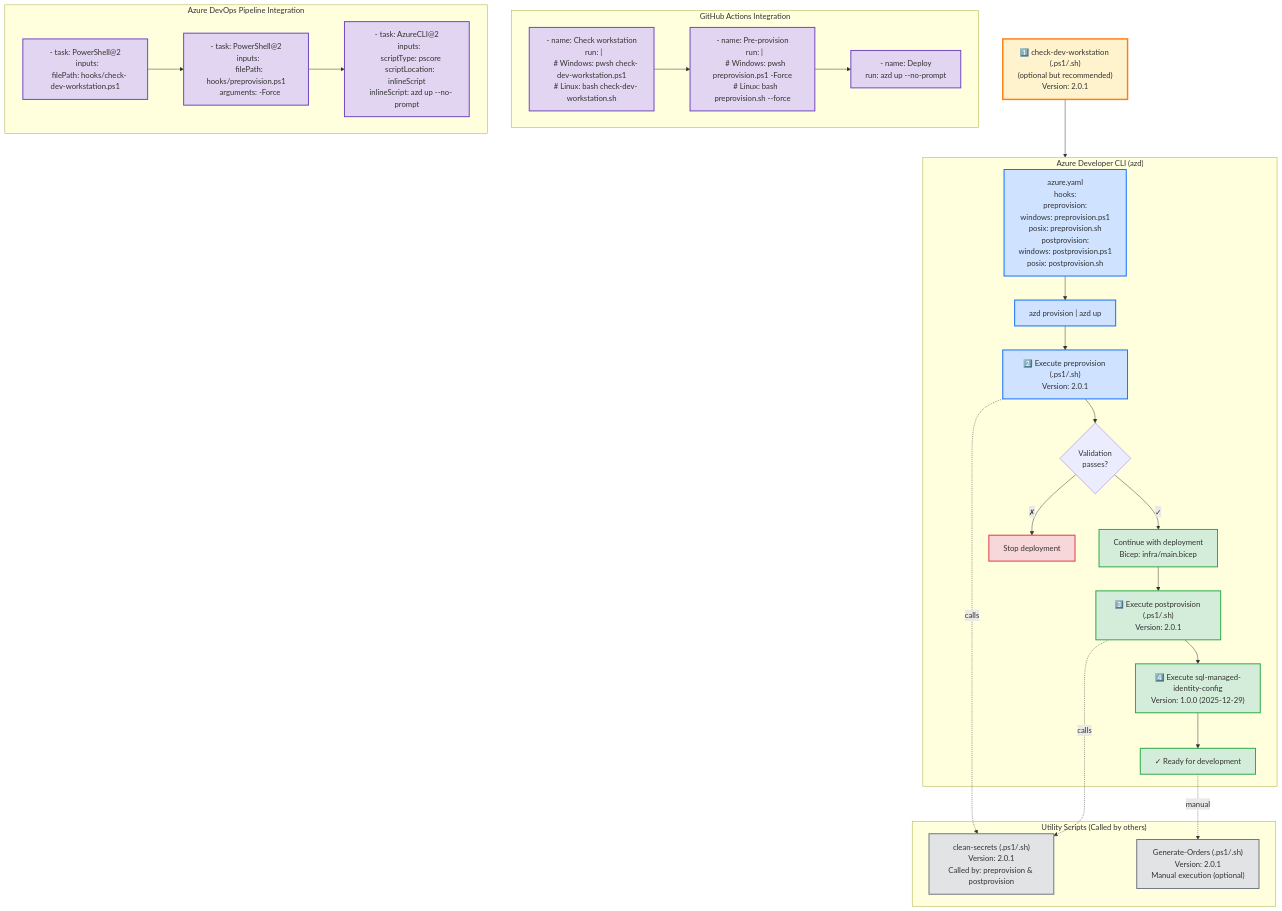
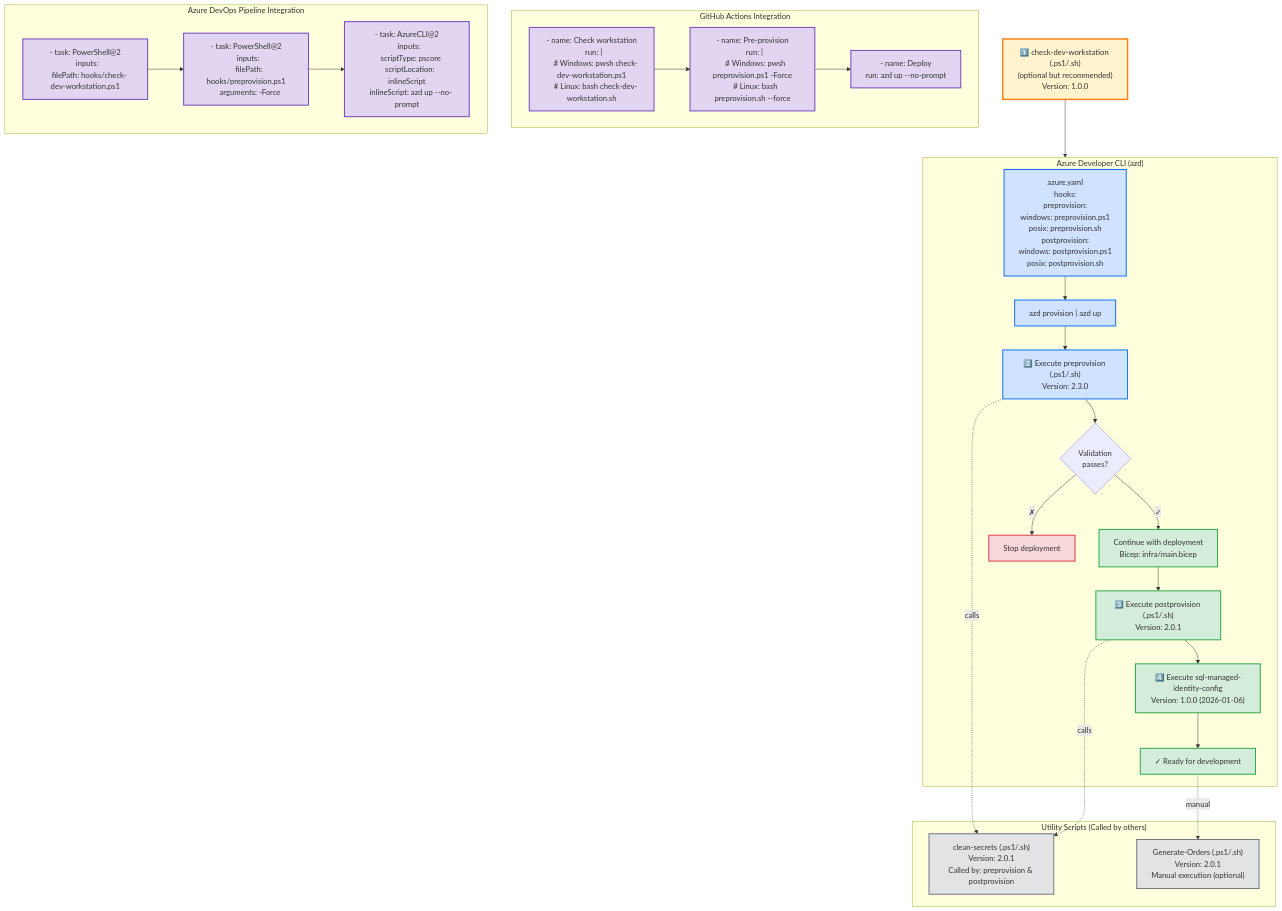
The sixth of 7 diagrams in docs/hooks/VALIDATION-WORKFLOW.md (Evilazaro/Azure-LogicApps-Monitoring), drawn with Mermaid before and after one commit. The commit also changed other lines of this file and 3 other files, not shown here.

Commit message:
Update documentation for postinfradelete and sql-managed-identity-config scripts: add workflow details and correct version badge

````diff
--- a/docs/hooks/VALIDATION-WORKFLOW.md
+++ b/docs/hooks/VALIDATION-WORKFLOW.md
@@ -365,56 +376,56 @@
 ```mermaid
 flowchart TD
-    CheckDev["1️⃣ check-dev-workstation (.ps1/.sh)<br/>(optional but recommended)<br/>Version: 2.0.1"]
+    CheckDev["1️⃣ check-dev-workstation (.ps1/.sh)<br/>(optional but recommended)<br/>Version: 1.0.0"]
     CheckDev --> AZD
 
     subgraph AZD["Azure Developer CLI (azd)"]
         AzdYaml["azure.yaml<br/>hooks:<br/>  preprovision:<br/>    windows: preprovision.ps1<br/>    posix: preprovision.sh<br/>  postprovision:<br/>    windows: postprovision.ps1<br/>    posix: postprovision.sh"]
         AzdYaml --> AzdCmd["azd provision | azd up"]
-        AzdCmd --> Execute["2️⃣ Execute preprovision (.ps1/.sh)<br/>Version: 2.0.1"]
+        AzdCmd --> Execute["2️⃣ Execute preprovision (.ps1/.sh)<br/>Version: 2.3.0"]
         Execute --> Validate{Validation<br/>passes?}
         Validate -->|✓| Deploy["Continue with deployment<br/>Bicep: infra/main.bicep"]
         Deploy --> Post["3️⃣ Execute postprovision (.ps1/.sh)<br/>Version: 2.0.1"]
-        Post --> SqlConfig["4️⃣ Execute sql-managed-identity-config<br/>Version: 1.0.0 (2025-12-29)"]
+        Post --> SqlConfig["4️⃣ Execute sql-managed-identity-config<br/>Version: 1.0.0 (2026-01-06)"]
         SqlConfig --> Ready["✓ Ready for development"]
         Validate -->|✗| Stop["Stop deployment"]
     end
 
     subgraph Utilities["Utility Scripts (Called by others)"]
         CleanSec["clean-secrets (.ps1/.sh)<br/>Version: 2.0.1<br/>Called by: preprovision & postprovision"]
         GenOrd["Generate-Orders (.ps1/.sh)<br/>Version: 2.0.1<br/>Manual execution (optional)"]
     end
 
     subgraph GitHub["GitHub Actions Integration"]
         GHAction1["- name: Check workstation<br/>  run: |<br/>    # Windows: pwsh check-dev-workstation.ps1<br/>    # Linux: bash check-dev-workstation.sh"]
         GHAction2["- name: Pre-provision<br/>  run: |<br/>    # Windows: pwsh preprovision.ps1 -Force<br/>    # Linux: bash preprovision.sh --force"]
         GHAction3["- name: Deploy<br/>  run: azd up --no-prompt"]
         GHAction1 --> GHAction2
         GHAction2 --> GHAction3
     end
 
     subgraph AzureDevOps["Azure DevOps Pipeline Integration"]
         ADOTask1["- task: PowerShell@2<br/>  inputs:<br/>    filePath: hooks/check-dev-workstation.ps1"]
         ADOTask2["- task: PowerShell@2<br/>  inputs:<br/>    filePath: hooks/preprovision.ps1<br/>    arguments: -Force"]
         ADOTask3["- task: AzureCLI@2<br/>  inputs:<br/>    scriptType: pscore<br/>    scriptLocation: inlineScript<br/>    inlineScript: azd up --no-prompt"]
         ADOTask1 --> ADOTask2
         ADOTask2 --> ADOTask3
     end
 
     Execute -.calls.-> CleanSec
     Post -.calls.-> CleanSec
     Ready -.manual.-> GenOrd
 
     classDef devClass fill:#fff3cd,stroke:#fd7e14,stroke-width:3px
     classDef azdClass fill:#cfe2ff,stroke:#0d6efd,stroke-width:2px
     classDef ciClass fill:#e2d5f1,stroke:#6f42c1,stroke-width:2px
     classDef successClass fill:#d4edda,stroke:#28a745,stroke-width:2px
     classDef failClass fill:#f8d7da,stroke:#dc3545,stroke-width:2px
     classDef utilClass fill:#e2e3e5,stroke:#6c757d,stroke-width:2px
 
     class CheckDev devClass
     class AzdYaml,AzdCmd,Execute azdClass
     class GHAction1,GHAction2,GHAction3,ADOTask1,ADOTask2,ADOTask3 ciClass
     class Deploy,Post,SqlConfig,Ready successClass
     class Stop failClass
     class CleanSec,GenOrd utilClass
 ```
````
